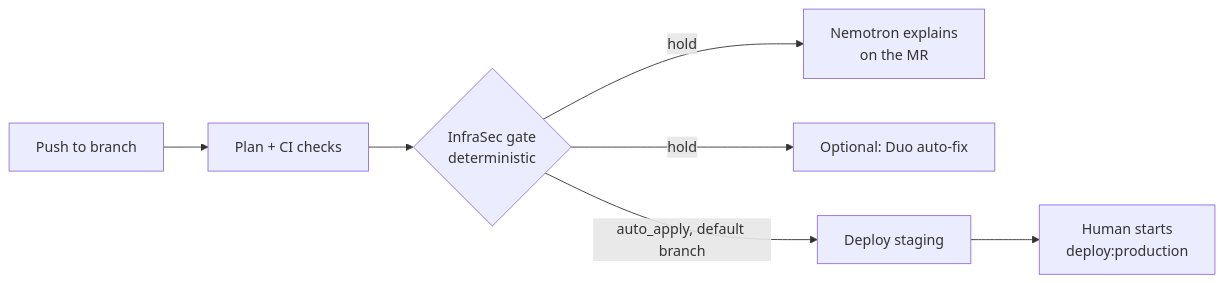
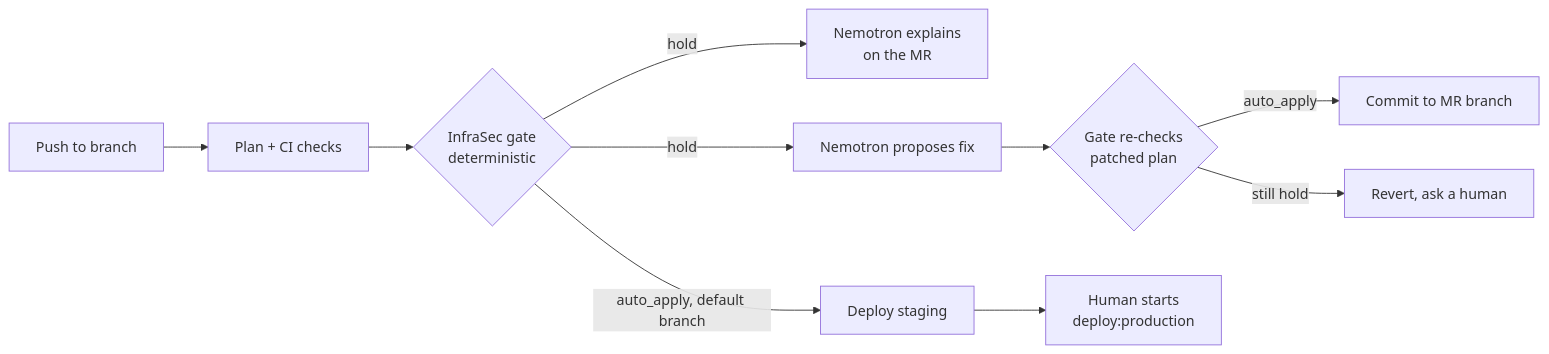
One commit to spacey-cadet/infra-sec changed the diagram in README.md. Above: the diagram before and after it, drawn with Mermaid. The commit also changed other lines of this file and 4 other files, not shown here.

Commit message:
Nemotron fix, explain job, manual production gate, README

````diff
--- a/README.md
+++ b/README.md
@@ -16,9 +16,12 @@
 ```mermaid
 flowchart LR
     A[Push to branch] --> B[Plan + CI checks]
     B --> C{InfraSec gate<br/>deterministic}
     C -- hold --> D[Nemotron explains<br/>on the MR]
-    C -- hold --> E[Optional: Duo auto-fix]
+    C -- hold --> E[Nemotron proposes fix]
+    E --> H{Gate re-checks<br/>patched plan}
+    H -- auto_apply --> I[Commit to MR branch]
+    H -- still hold --> J[Revert, ask a human]
     C -- auto_apply, default branch --> F[Deploy staging]
     F --> G[Human starts<br/>deploy:production]
 ```
````
